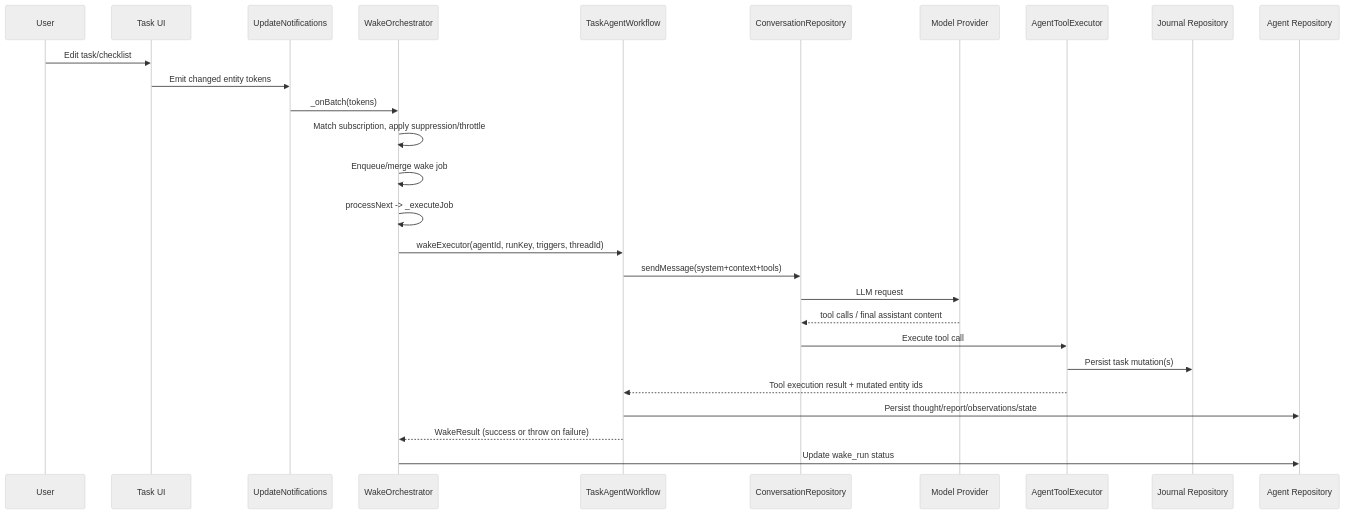
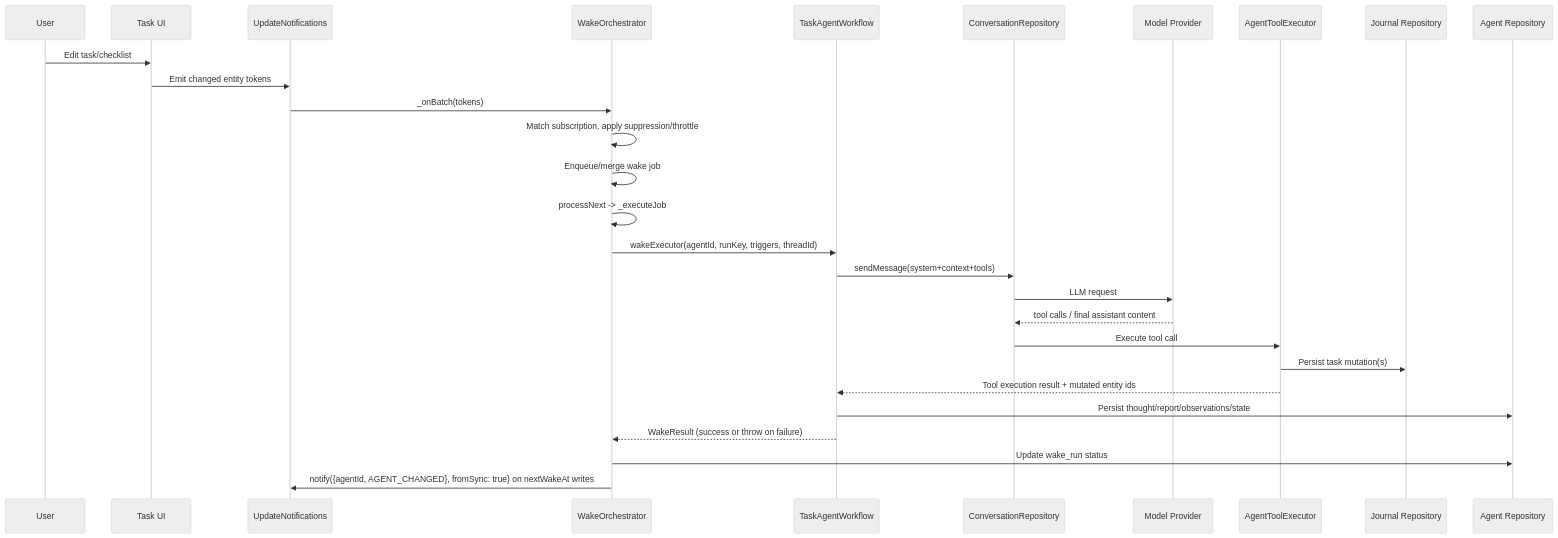
The fourth of 5 diagrams in lib/features/agents/README.md (matthiasn/lotti), drawn with Mermaid (neutral theme) before and after one commit. The commit also changed other lines of this file and 9 other files, not shown here.

````diff
--- a/lib/features/agents/README.md
+++ b/lib/features/agents/README.md
@@ -88,30 +91,31 @@
 ```mermaid
 sequenceDiagram
   participant U as User
   participant T as Task UI
   participant N as UpdateNotifications
   participant O as WakeOrchestrator
   participant W as TaskAgentWorkflow
   participant C as ConversationRepository
   participant M as Model Provider
   participant X as AgentToolExecutor
   participant J as Journal Repository
   participant ADB as Agent Repository
 
   U->>T: Edit task/checklist
   T->>N: Emit changed entity tokens
   N->>O: _onBatch(tokens)
   O->>O: Match subscription, apply suppression/throttle
   O->>O: Enqueue/merge wake job
   O->>O: processNext -> _executeJob
   O->>W: wakeExecutor(agentId, runKey, triggers, threadId)
   W->>C: sendMessage(system+context+tools)
   C->>M: LLM request
   M-->>C: tool calls / final assistant content
   C->>X: Execute tool call
   X->>J: Persist task mutation(s)
   X-->>W: Tool execution result + mutated entity ids
   W->>ADB: Persist thought/report/observations/state
   W-->>O: WakeResult (success or throw on failure)
   O->>ADB: Update wake_run status
+  O->>N: notify({agentId, AGENT_CHANGED}, fromSync: true) on nextWakeAt writes
 ```
````
